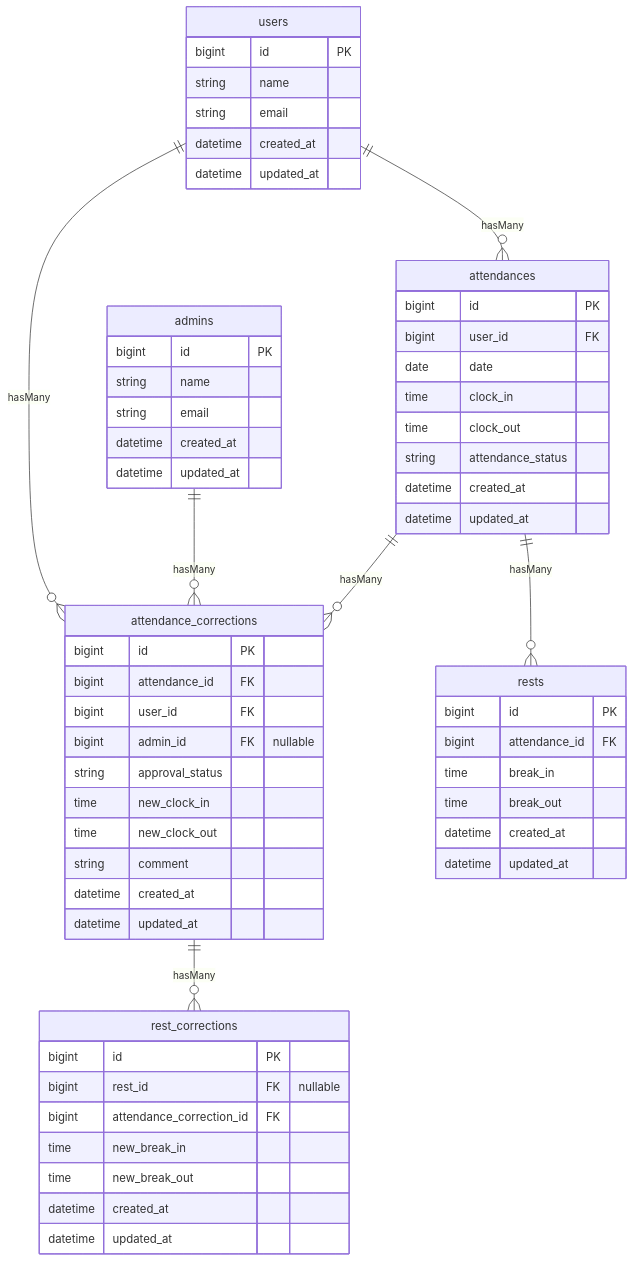
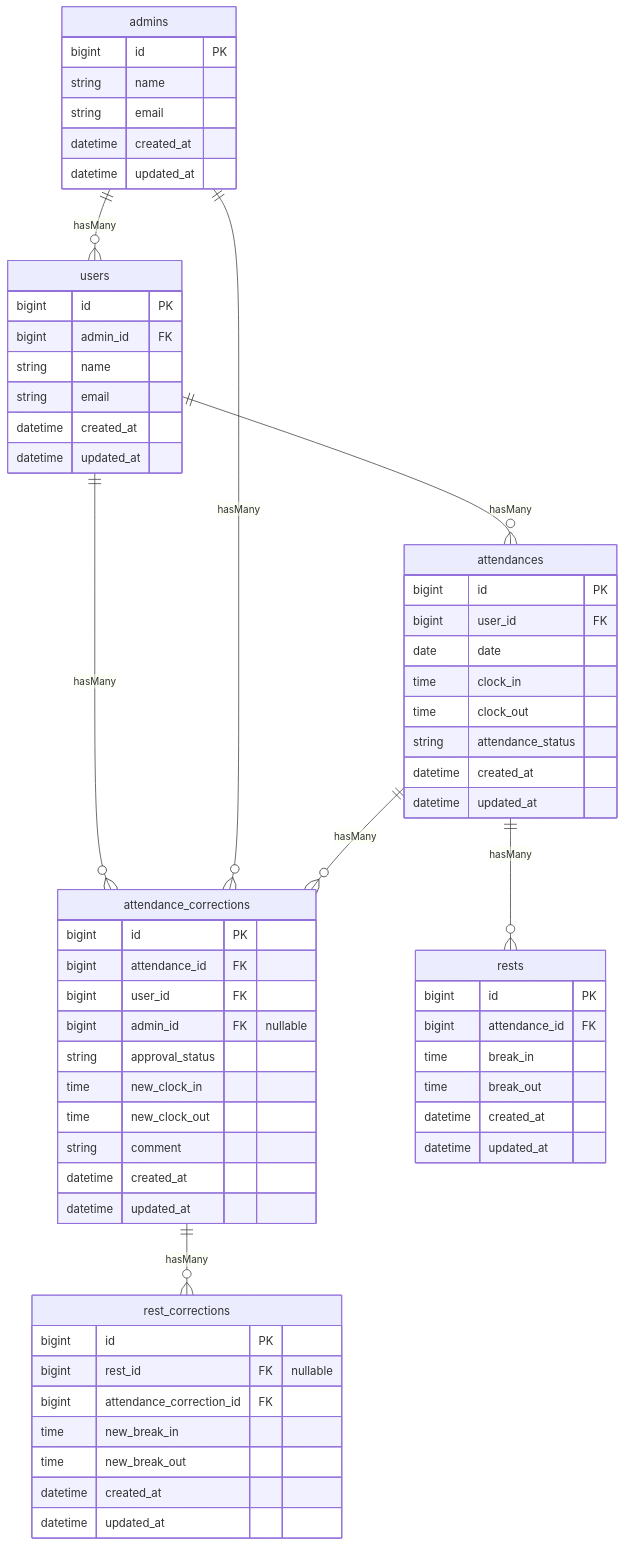
The diagram in README.md (yuna-genma/attendance-app), drawn with Mermaid before and after one commit. The commit also changed 5 other files, not shown here.

````diff
--- a/README.md
+++ b/README.md
@@ -9,72 +9,74 @@
 ```mermaid
     erDiagram
 
     users ||--o{ attendances : "hasMany"
     users ||--o{ attendance_corrections : "hasMany"
 
     admins ||--o{ attendance_corrections : "hasMany"
+    admins ||--o{ users : "hasMany"
 
     attendances ||--o{ rests : "hasMany"
     attendances ||--o{ attendance_corrections : "hasMany"
 
     attendance_corrections ||--o{ rest_corrections : "hasMany"
 
     admins {
         bigint id PK
         string name
         string email
         datetime created_at
         datetime updated_at
     }
 
     users {
         bigint id PK
+        bigint admin_id FK
         string name
         string email
         datetime created_at
         datetime updated_at
     }
 
     attendances {
         bigint id PK
         bigint user_id FK
         date date
         time clock_in
         time clock_out
         string attendance_status
         datetime created_at
         datetime updated_at
     }
 
     rests {
         bigint id PK
         bigint attendance_id FK
         time break_in
         time break_out
         datetime created_at
         datetime updated_at
     }
 
     attendance_corrections {
         bigint id PK
         bigint attendance_id FK
         bigint user_id FK
         bigint admin_id FK "nullable"
         string approval_status
         time new_clock_in
         time new_clock_out
         string comment
         datetime created_at
         datetime updated_at
     }
 
     rest_corrections {
         bigint id PK
         bigint rest_id FK "nullable"
         bigint attendance_correction_id FK
         time new_break_in
         time new_break_out
         datetime created_at
         datetime updated_at
     }
 ```
````
